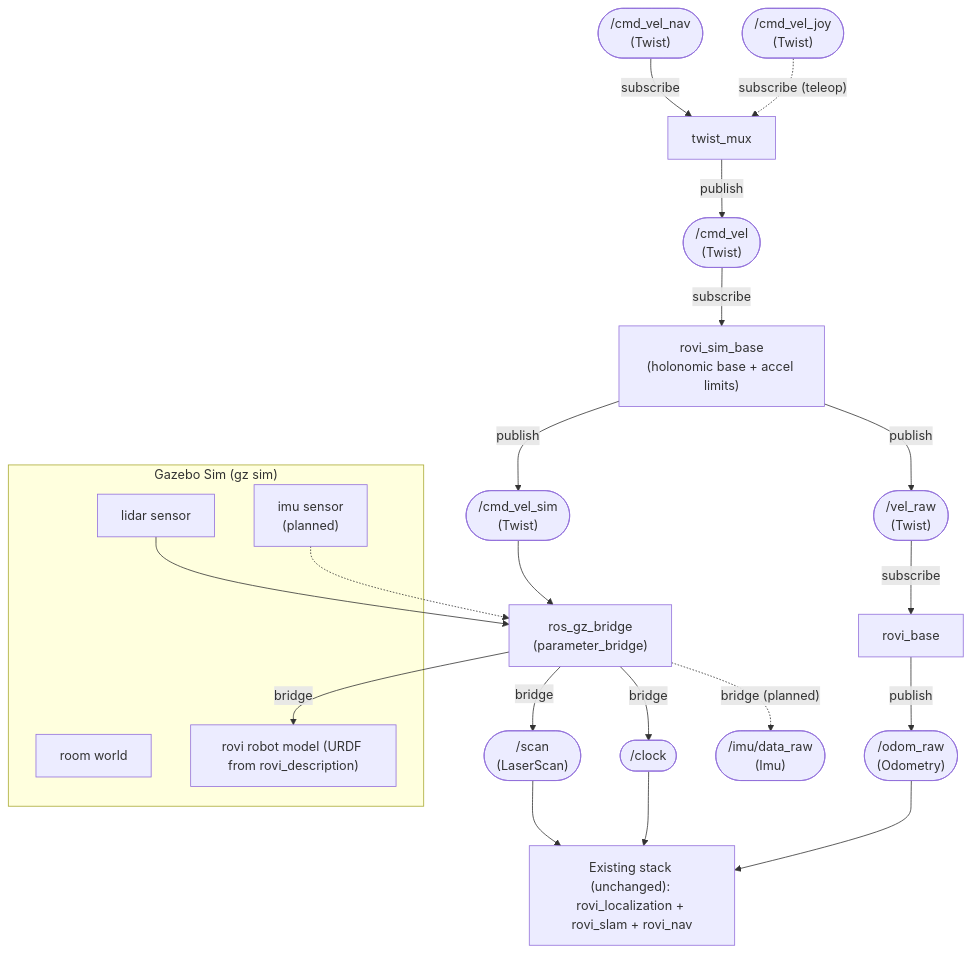
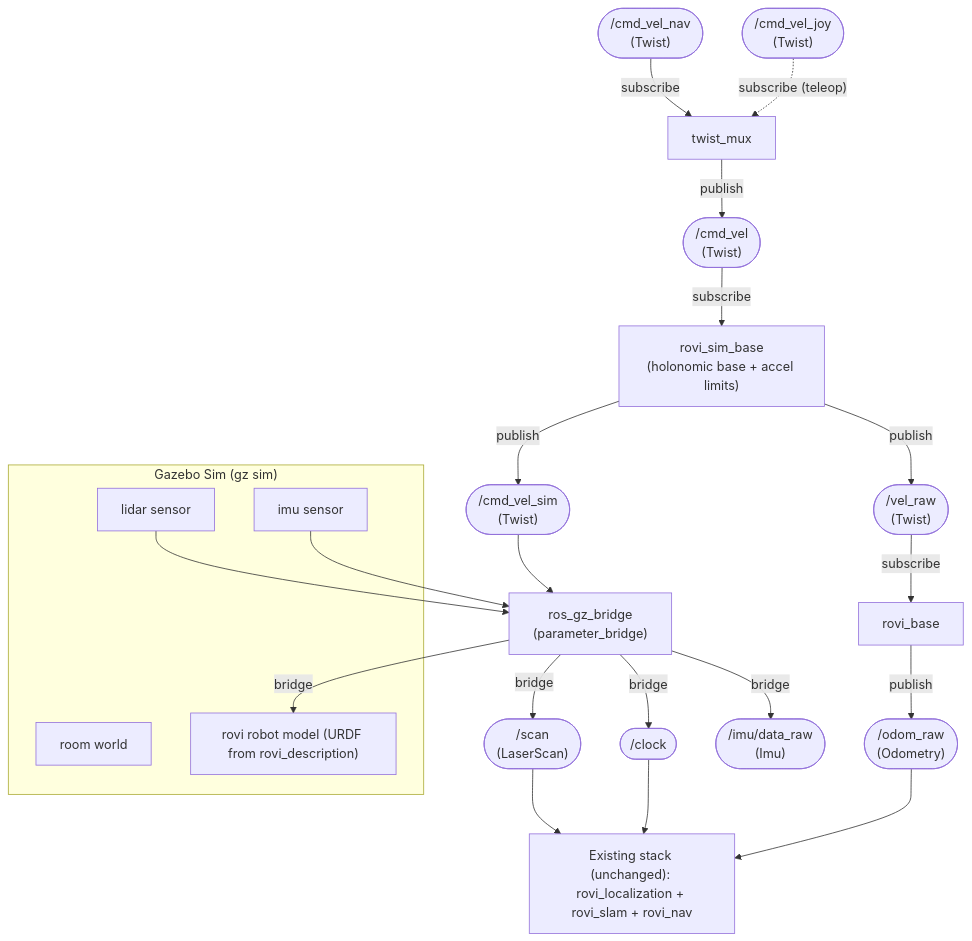
The eighth of 12 diagrams in README.md (Roblibs/rovi_ros_ws), drawn with Mermaid before and after one commit. The commit also changed other lines of this file and 7 other files, not shown here.

````diff
--- a/README.md
+++ b/README.md
@@ -436,49 +437,49 @@
 ```mermaid
 flowchart TD
   CMD_NAV(["/cmd_vel_nav<br/>(Twist)"])
   CMD_JOY(["/cmd_vel_joy<br/>(Twist)"])
   CMD(["/cmd_vel<br/>(Twist)"])
 
   TwistMux["twist_mux"]
   CMD_NAV -->|subscribe| TwistMux
   CMD_JOY -.->|"subscribe (teleop)"| TwistMux
   TwistMux -->|publish| CMD
 
   RoviSimBase["rovi_sim_base<br/>(holonomic base + accel limits)"]
   CMD -->|subscribe| RoviSimBase
   CMD_SIM(["/cmd_vel_sim<br/>(Twist)"])
   VRAW(["/vel_raw<br/>(Twist)"])
   RoviSimBase -->|publish| CMD_SIM
   RoviSimBase -->|publish| VRAW
 
   RoviBase["rovi_base"]
   VRAW -->|subscribe| RoviBase
   ODRAW(["/odom_raw<br/>(Odometry)"])
   RoviBase -->|publish| ODRAW
 
   subgraph GZ["Gazebo Sim (gz sim)"]
     WORLD["room world"]
     ROBOT["rovi robot model (URDF from rovi_description)"]
     LIDAR["lidar sensor"]
-    IMU_GZ["imu sensor<br/>(planned)"]
+    IMU_GZ["imu sensor"]
   end
 
   BRIDGE["ros_gz_bridge<br/>(parameter_bridge)"]
 
   CMD_SIM --> BRIDGE
   BRIDGE -->|bridge| ROBOT
   LIDAR --> BRIDGE
-  IMU_GZ -.-> BRIDGE
+  IMU_GZ --> BRIDGE
 
   SCAN(["/scan<br/>(LaserScan)"])
   CLOCK(["/clock"])
   IMU_RAW(["/imu/data_raw<br/>(Imu)"])
   BRIDGE -->|bridge| SCAN
   BRIDGE -->|bridge| CLOCK
-  BRIDGE -.->|"bridge (planned)"| IMU_RAW
+  BRIDGE -->|bridge| IMU_RAW
 
   EXISTING["Existing stack (unchanged): rovi_localization + rovi_slam + rovi_nav"]
   ODRAW --> EXISTING
   SCAN --> EXISTING
   CLOCK --> EXISTING
 ```
````
